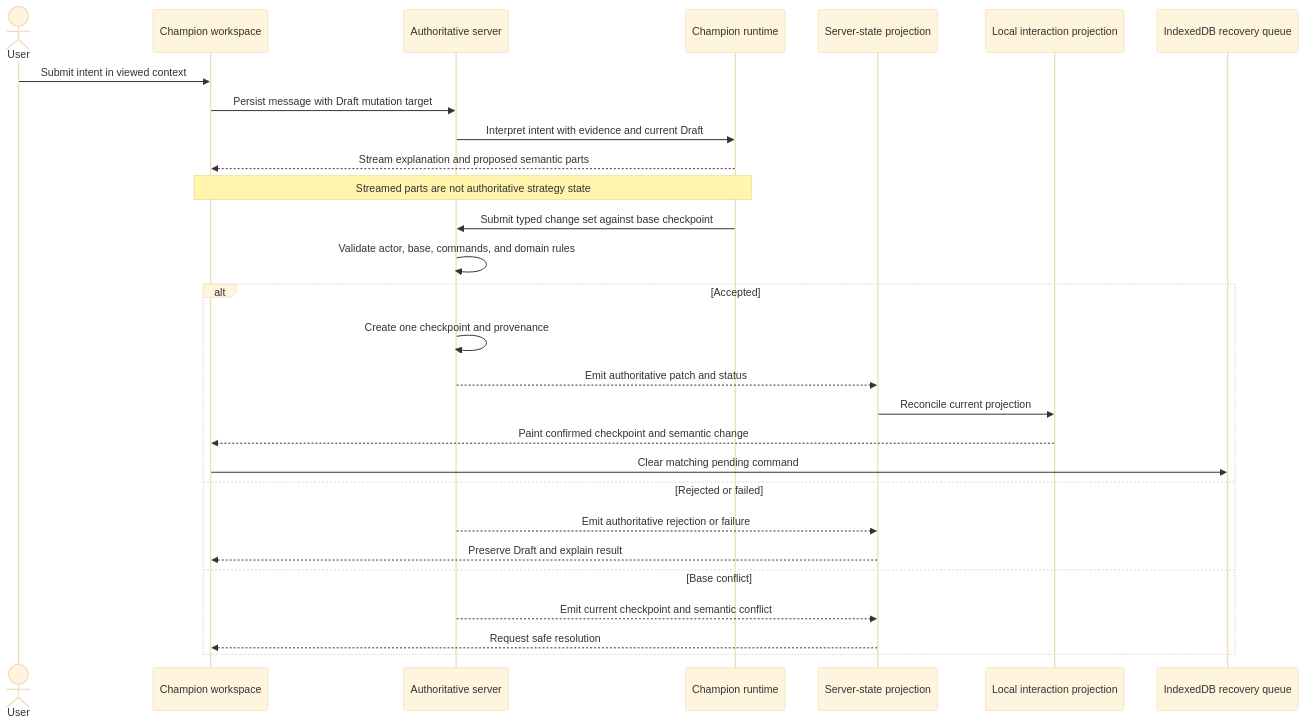
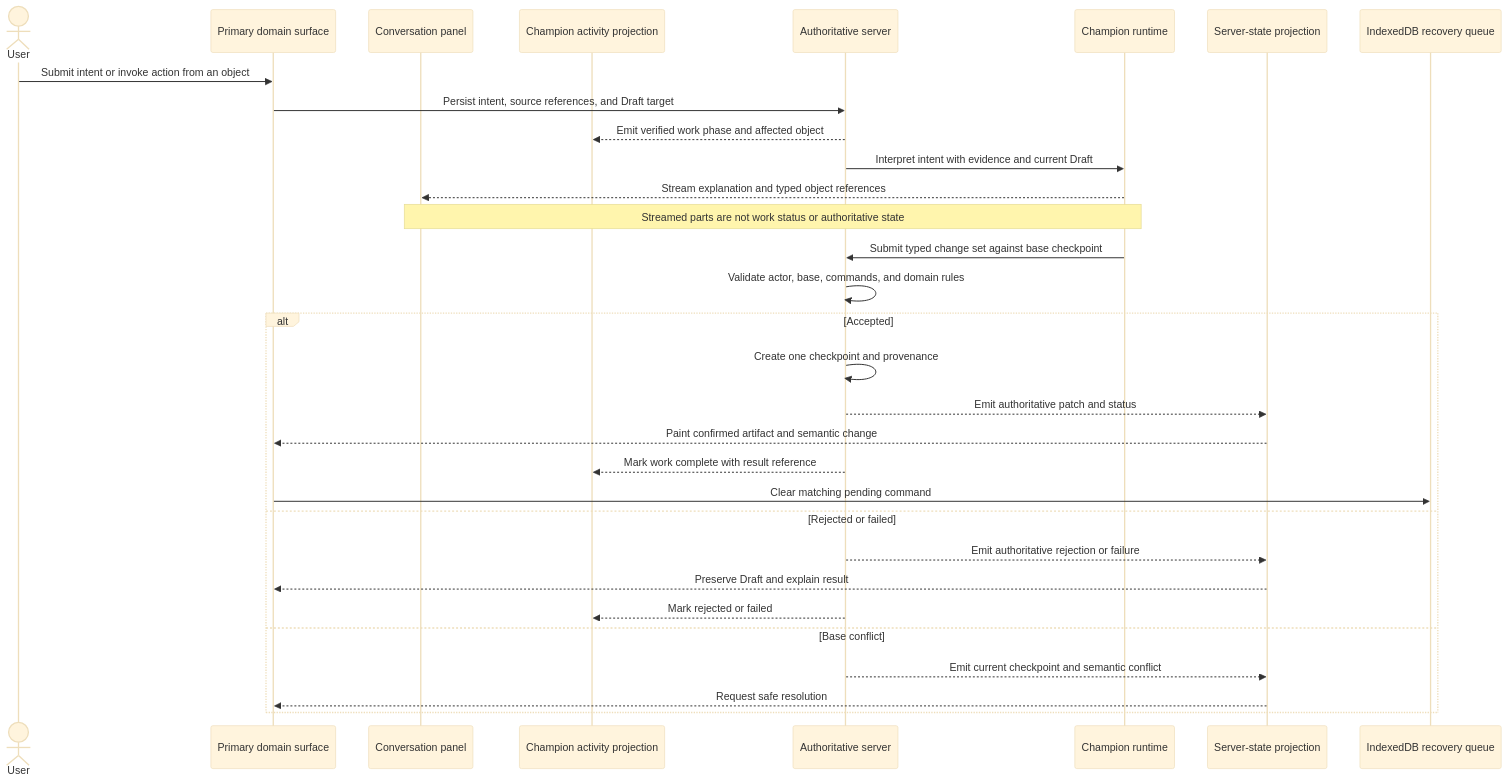
One commit to moosefroggo/vantheon-architecture changed the seventh of 16 diagrams in docs/state-diagrams.md. Above: the diagram before and after it, drawn with Mermaid (base theme). The commit also changed other lines of this file and 10 other files, not shown here.

Commit message:
Center product work beyond conversation

````diff
--- a/docs/state-diagrams.md
+++ b/docs/state-diagrams.md
@@ -211,31 +211,34 @@
 ```mermaid
 sequenceDiagram
     actor User
-    participant UI as Champion workspace
+    participant Surface as Primary domain surface
+    participant Conversation as Conversation panel
+    participant Activity as Champion activity projection
     participant Server as Authoritative server
     participant Champion as Champion runtime
     participant Query as Server-state projection
-    participant Local as Local interaction projection
     participant Recovery as IndexedDB recovery queue
 
-    User->>UI: Submit intent in viewed context
-    UI->>Server: Persist message with Draft mutation target
+    User->>Surface: Submit intent or invoke action from an object
+    Surface->>Server: Persist intent, source references, and Draft target
+    Server-->>Activity: Emit verified work phase and affected object
     Server->>Champion: Interpret intent with evidence and current Draft
-    Champion-->>UI: Stream explanation and proposed semantic parts
-    Note over UI,Champion: Streamed parts are not authoritative strategy state
+    Champion-->>Conversation: Stream explanation and typed object references
+    Note over Conversation,Champion: Streamed parts are not work status or authoritative state
     Champion->>Server: Submit typed change set against base checkpoint
     Server->>Server: Validate actor, base, commands, and domain rules
     alt Accepted
         Server->>Server: Create one checkpoint and provenance
         Server-->>Query: Emit authoritative patch and status
-        Query->>Local: Reconcile current projection
-        Local-->>UI: Paint confirmed checkpoint and semantic change
-        UI->>Recovery: Clear matching pending command
+        Query-->>Surface: Paint confirmed artifact and semantic change
+        Server-->>Activity: Mark work complete with result reference
+        Surface->>Recovery: Clear matching pending command
     else Rejected or failed
         Server-->>Query: Emit authoritative rejection or failure
-        Query-->>UI: Preserve Draft and explain result
+        Query-->>Surface: Preserve Draft and explain result
+        Server-->>Activity: Mark rejected or failed
     else Base conflict
         Server-->>Query: Emit current checkpoint and semantic conflict
-        Query-->>UI: Request safe resolution
+        Query-->>Surface: Request safe resolution
     end
 ```
````
